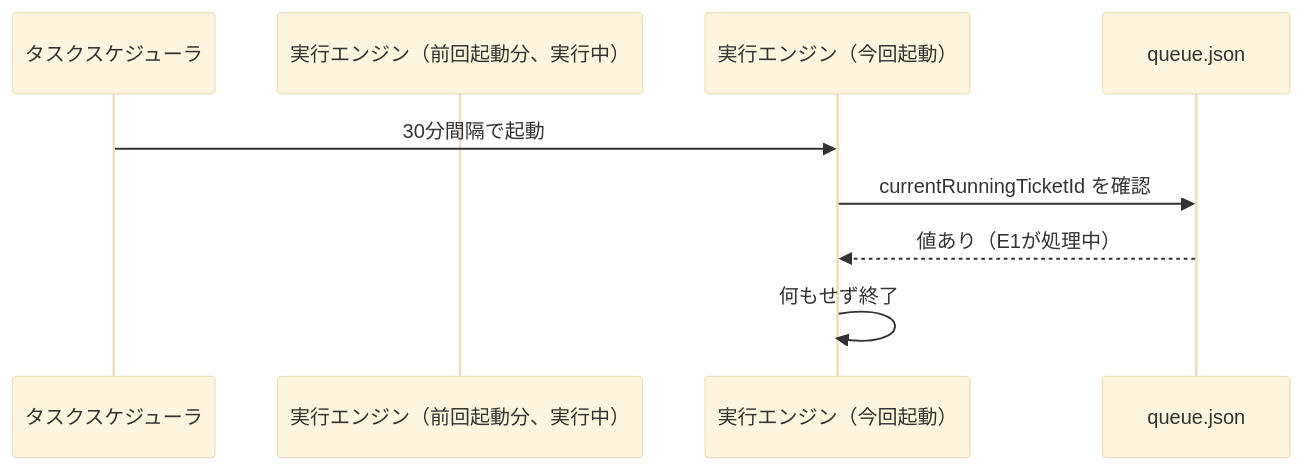
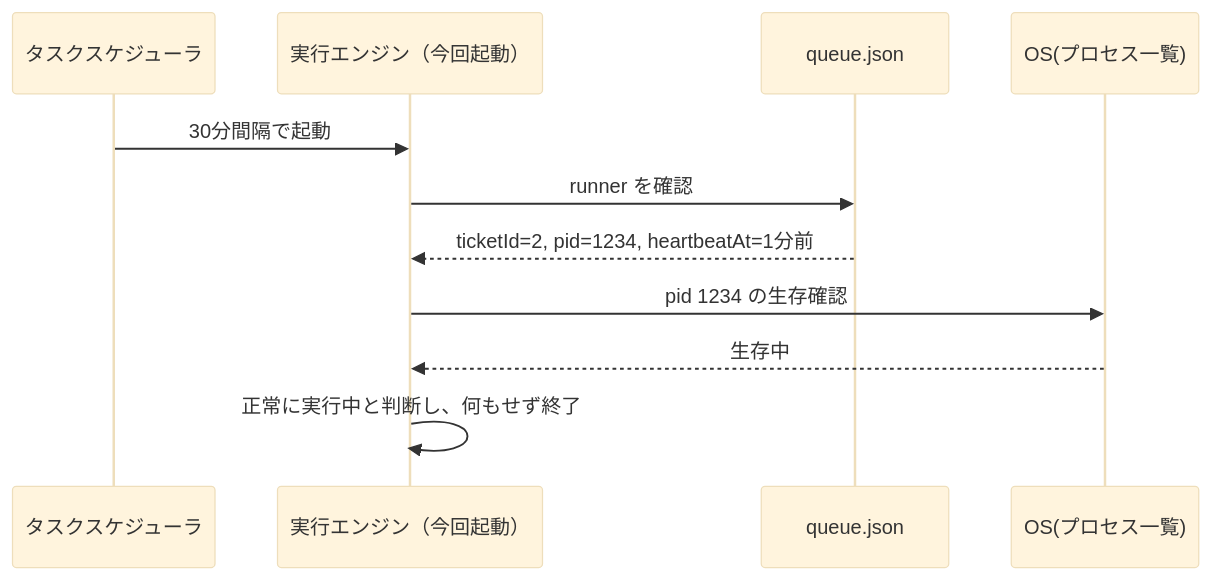
Before and after one commit to theta1211/Lychee-redmine-loop-engineering-: the eighth of 9 diagrams in docs/design/sequence.md, drawn with Mermaid (base theme). The commit also changed other lines of this file and 5 other files, not shown here.

````diff
--- a/docs/design/sequence.md
+++ b/docs/design/sequence.md
@@ -120,12 +148,14 @@
 ```mermaid
 sequenceDiagram
     participant S as タスクスケジューラ
-    participant E1 as 実行エンジン（前回起動分、実行中）
     participant E2 as 実行エンジン（今回起動）
     participant Q as queue.json
+    participant OS as OS(プロセス一覧)
 
     S->>E2: 30分間隔で起動
-    E2->>Q: currentRunningTicketId を確認
-    Q-->>E2: 値あり（E1が処理中）
-    E2->>E2: 何もせず終了
+    E2->>Q: runner を確認
+    Q-->>E2: ticketId=2, pid=1234, heartbeatAt=1分前
+    E2->>OS: pid 1234 の生存確認
+    OS-->>E2: 生存中
+    E2->>E2: 正常に実行中と判断し、何もせず終了
 ```
````
